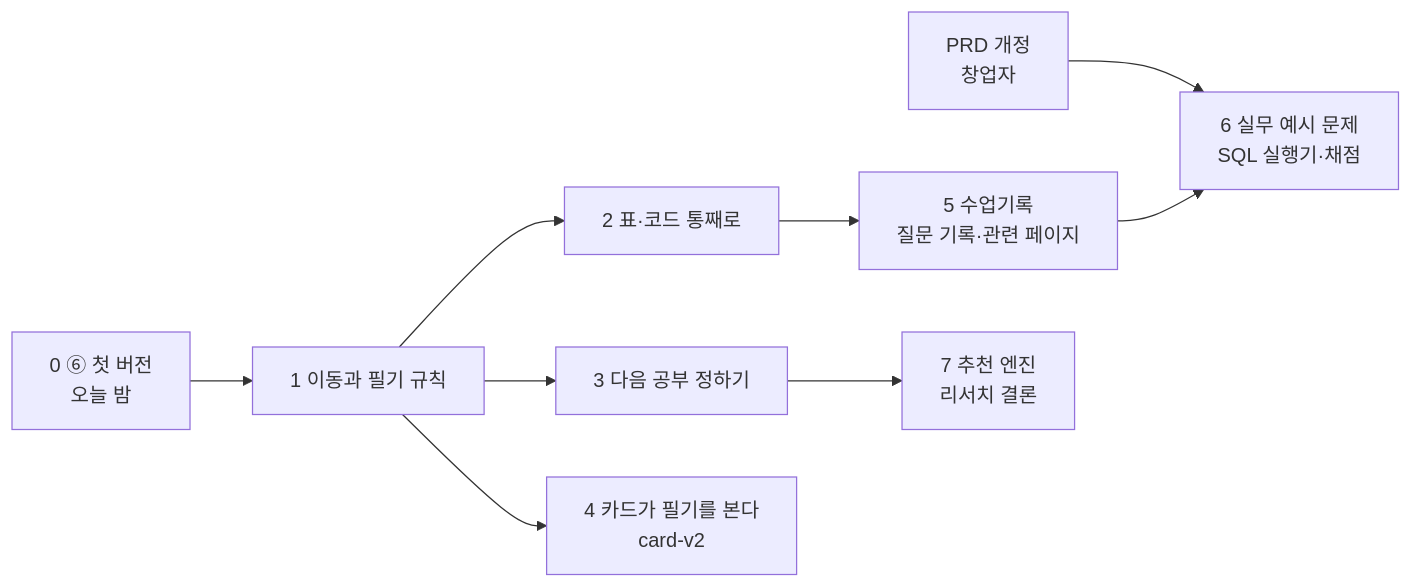
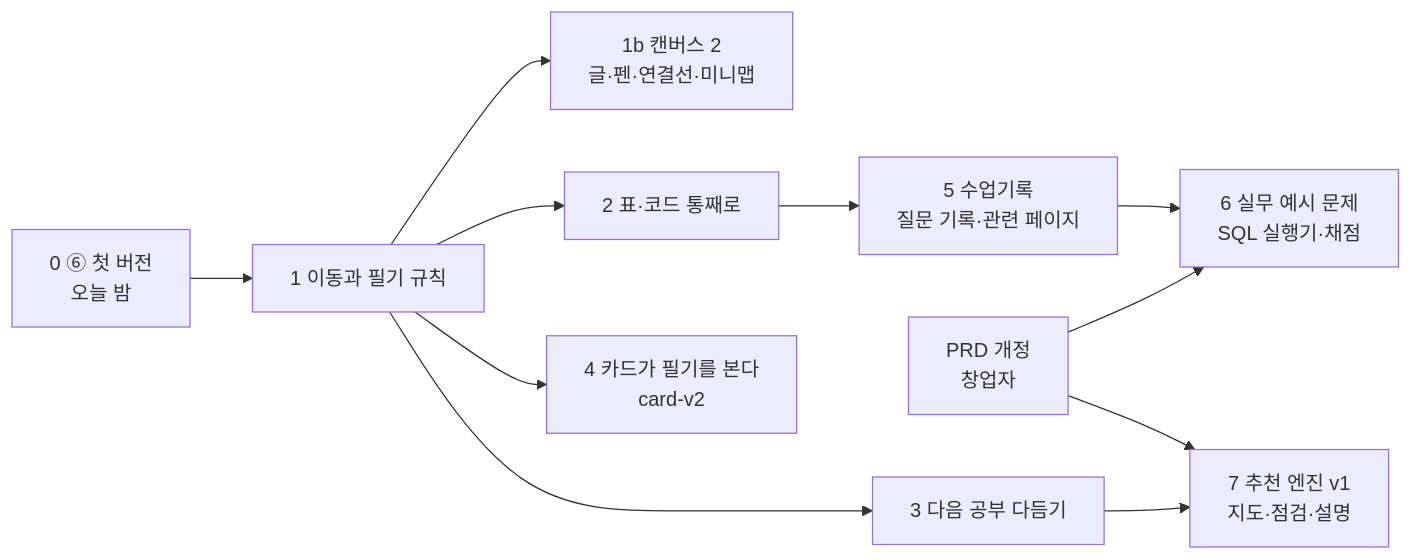
One commit to IBORY-PURPLE/Experii changed the eighth of 8 diagrams in docs/plans/2026-10-30-overnight-desktop/flow-v2.md. Above: the diagram before and after it, drawn with Mermaid. The commit also changed other lines of this file, not shown here.

First line of the commit message:
Narrow the use flow to draft A and align next study with the research

````diff
--- a/docs/plans/2026-10-30-overnight-desktop/flow-v2.md
+++ b/docs/plans/2026-10-30-overnight-desktop/flow-v2.md
@@ -680,11 +766,13 @@
 ```mermaid
 flowchart LR
     S0["0 ⑥ 첫 버전<br/>오늘 밤"] --> S1["1 이동과 필기 규칙"]
+    S1 --> S1b["1b 캔버스 2<br/>글·펜·연결선·미니맵"]
     S1 --> S2["2 표·코드 통째로"]
-    S1 --> S3["3 다음 공부 정하기"]
+    S1 --> S3["3 다음 공부 다듬기"]
     S1 --> S4["4 카드가 필기를 본다<br/>card-v2"]
     S2 --> S5["5 수업기록<br/>질문 기록·관련 페이지"]
     PRD["PRD 개정<br/>창업자"] --> S6["6 실무 예시 문제<br/>SQL 실행기·채점"]
     S5 --> S6
-    S3 --> S7["7 추천 엔진<br/>리서치 결론"]
+    S3 --> S7["7 추천 엔진 v1<br/>지도·점검·설명"]
+    PRD --> S7
 ```
````
